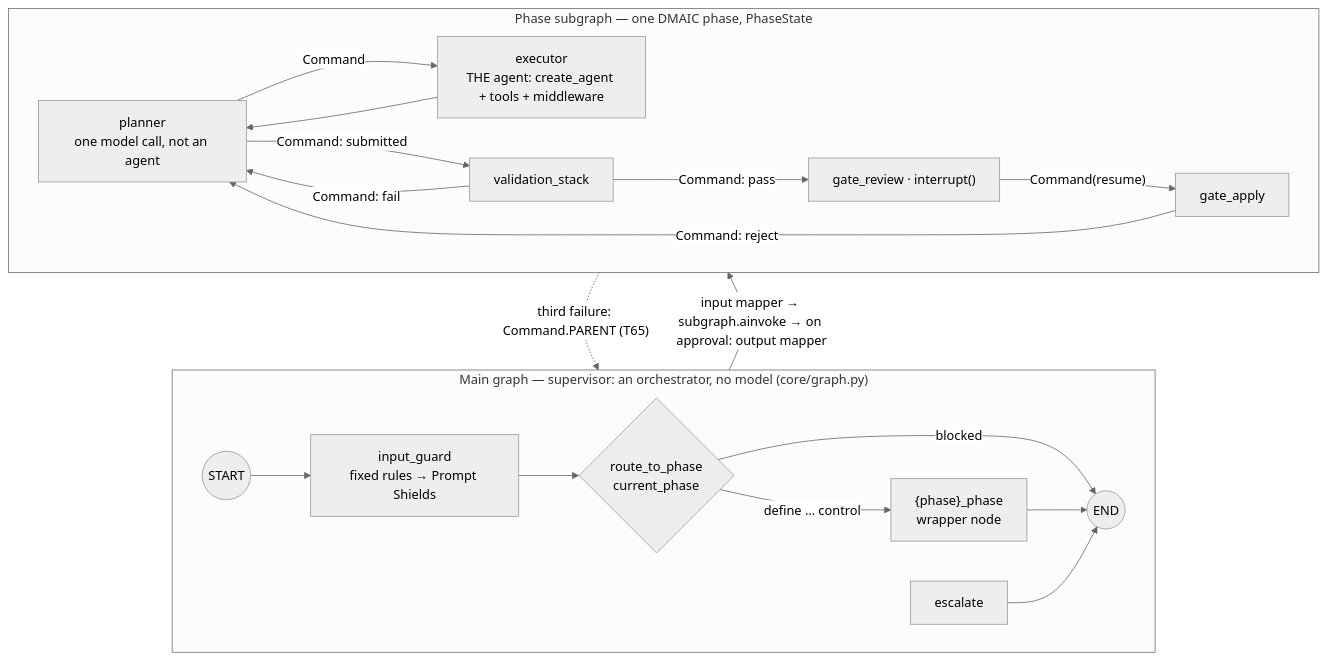
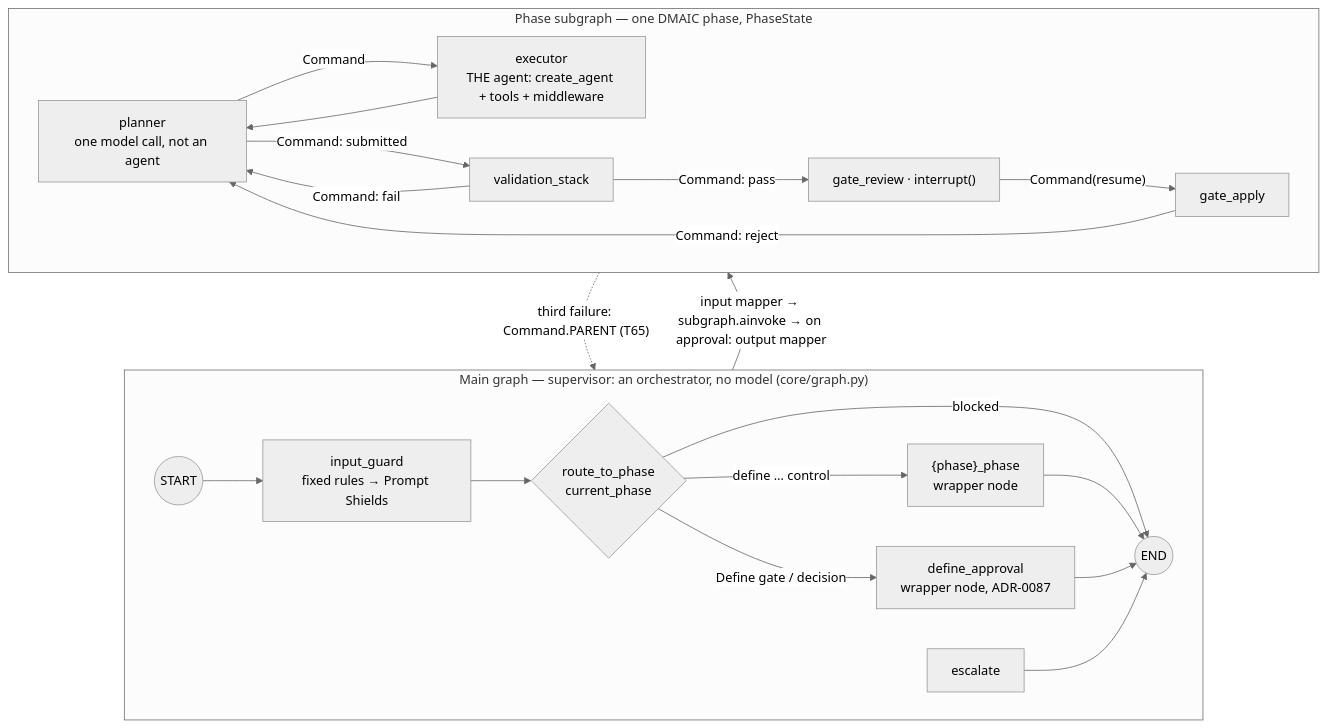
One commit to vpangalis/agentlean changed the third of 9 diagrams in agent-improve/ARCHITECTURE.md. Above: the diagram before and after it, drawn with Mermaid (neutral theme). The commit also changed other lines of this file and 20 other files, not shown here.

````diff
--- a/agent-improve/ARCHITECTURE.md
+++ b/agent-improve/ARCHITECTURE.md
@@ -92,24 +92,26 @@
 ```mermaid
 flowchart TB
   subgraph main["Main graph — supervisor: an orchestrator, no model (core/graph.py)"]
     direction LR
     S((START)) --> G["input_guard<br/>fixed rules → Prompt Shields"]
     G --> RT{"route_to_phase<br/>current_phase"}
     RT -- "blocked" --> EN((END))
     RT -- "define … control" --> W["{phase}_phase<br/>wrapper node"]
+    RT -- "Define gate / decision" --> AP["define_approval<br/>wrapper node, ADR-0087"]
     W --> EN
+    AP --> EN
     X[escalate] --> EN
   end
   subgraph phase["Phase subgraph — one DMAIC phase, PhaseState"]
     direction LR
     P["planner<br/>one model call, not an agent"] -- "Command" --> E["executor<br/>THE agent: create_agent + tools + middleware"]
     E --> P
     P -- "Command: submitted" --> V[validation_stack]
     V -- "Command: fail" --> P
     V -- "Command: pass" --> R["gate_review · interrupt()"]
     R -- "Command(resume)" --> A[gate_apply]
     A -- "Command: reject" --> P
   end
   W -- "input mapper → subgraph.ainvoke → on approval: output mapper" --> phase
   V -. "third failure: Command.PARENT (T65)" .-> X
 ```
````
